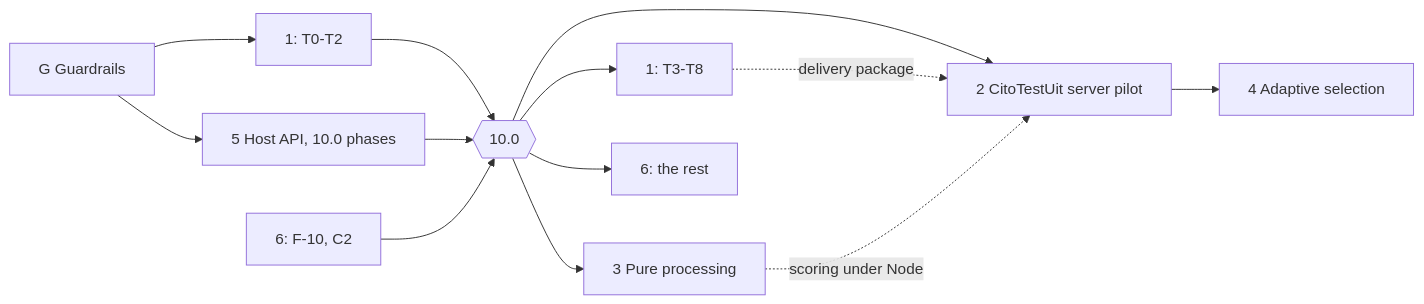
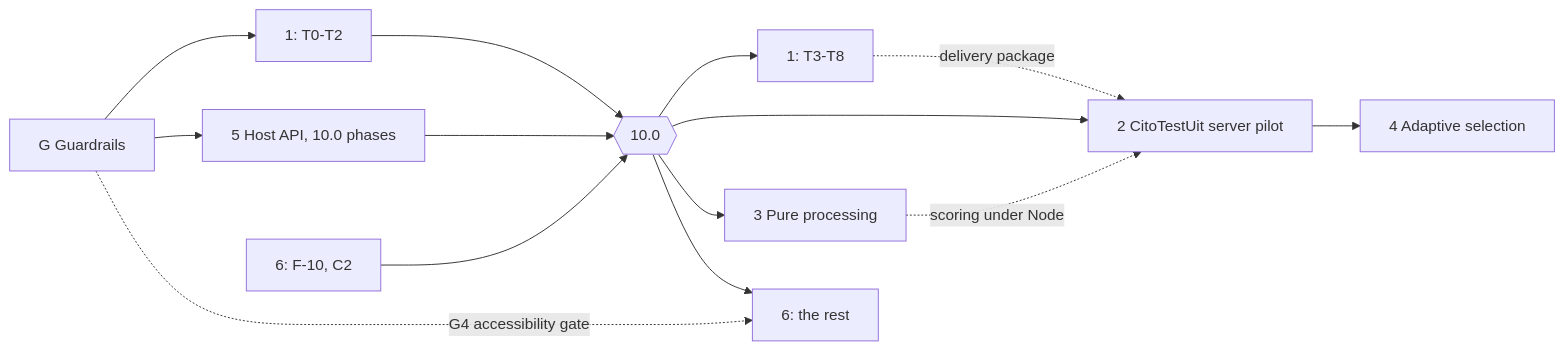
The diagram in plans/ROADMAP.md (Citolab/qti-components), drawn with Mermaid before and after one commit. The commit also changed other lines of this file and 2 other files, not shown here.

Commit message:
docs(plans): fit roadmap 6 to the main roadmap

````diff
--- a/plans/ROADMAP.md
+++ b/plans/ROADMAP.md
@@ -22,15 +22,16 @@
 ```mermaid
 graph LR
   G[G Guardrails] --> R1a[1: T0-T2]
   G --> R5[5 Host API, 10.0 phases]
   R1a --> V10{{10.0}}
   R5 --> V10
   R6a[6: F-10, C2] --> V10
   V10 --> R1b[1: T3-T8]
   V10 --> R2[2 CitoTestUit server pilot]
   V10 --> R3[3 Pure processing]
   R2 --> R4[4 Adaptive selection]
   V10 --> R6b[6: the rest]
+  G -. G4 accessibility gate .-> R6b
   R1b -. delivery package .-> R2
   R3 -. scoring under Node .-> R2
 ```
````
